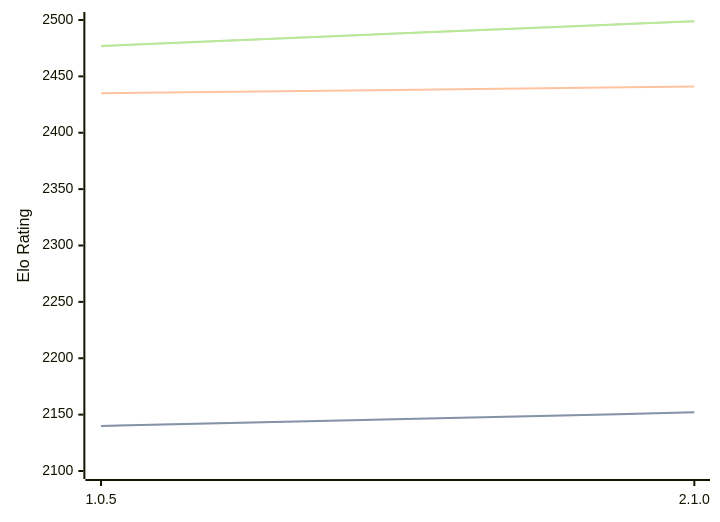
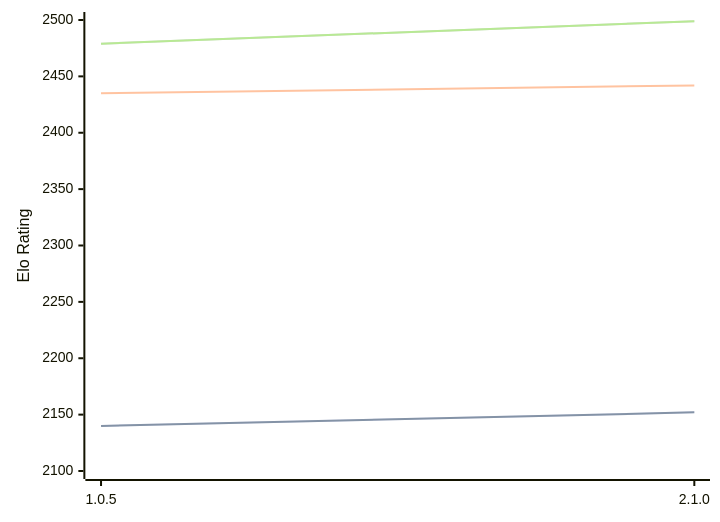
One commit to computer-chess-index/cci changed the diagram in engines/Ruffian.md. Above: the diagram before and after it, drawn with Mermaid. The commit also changed other lines of this file, not shown here.

Commit message:
Update CCI Ratings (ELO VLTC) - 2026-08-24

````diff
--- a/engines/Ruffian.md
+++ b/engines/Ruffian.md
@@ -32,11 +32,11 @@
 ```mermaid
 %%{init: {"theme":"base","themeVariables":{"seriesColors:['#a3a3a3','#222221','#faa371']}}}%%
 xychart-beta
   x-axis ["1.0.5", "2.1.0"]
   y-axis "Elo Rating" 2100 --> 2500
   line "STC (8.0+0.08s)" [2140, 2152]
   line "STC (8.0+0.08s)" [2140, 2152]
-  line "LTC (60.0+0.60s)" [2435, 2441]
-  line "VLTC (2m24s+1.12s)" [2477, 2499]
-  line "VLTC (2m24s+1.12s)" [2477, 2499]
+  line "LTC (60.0+0.60s)" [2435, 2442]
+  line "VLTC (2m24s+1.12s)" [2479, 2499]
+  line "VLTC (2m24s+1.12s)" [2479, 2499]
 ```
````
